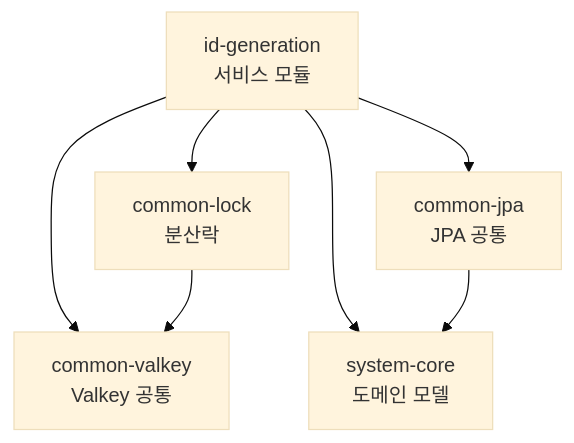
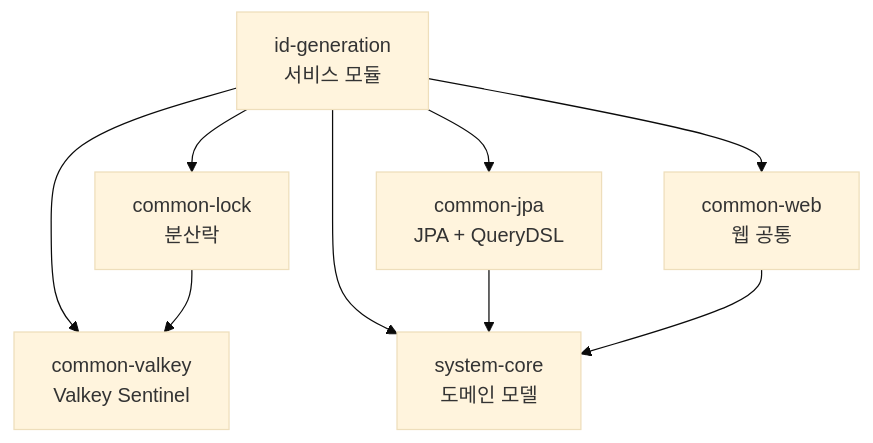
The first of 2 diagrams in README.md (alanhakhyeonsong/id-generator), drawn with Mermaid (base theme) before and after one commit. The commit also changed other lines of this file and 2 other files, not shown here.

First line of the commit message:
docs(develop): Valkey Sentinel 가이드 + CLAUDE.md/README.md 업데이트

````diff
--- a/README.md
+++ b/README.md
@@ -22,9 +25,11 @@
 ```mermaid
 graph TD
     A[id-generation<br/>서비스 모듈] --> B[common-lock<br/>분산락]
-    A --> C[common-jpa<br/>JPA 공통]
-    A --> D[common-valkey<br/>Valkey 공통]
+    A --> C[common-jpa<br/>JPA + QueryDSL]
+    A --> D[common-valkey<br/>Valkey Sentinel]
     A --> E[system-core<br/>도메인 모델]
+    A --> F[common-web<br/>웹 공통]
     B --> D
     C --> E
+    F --> E
 ```
````
